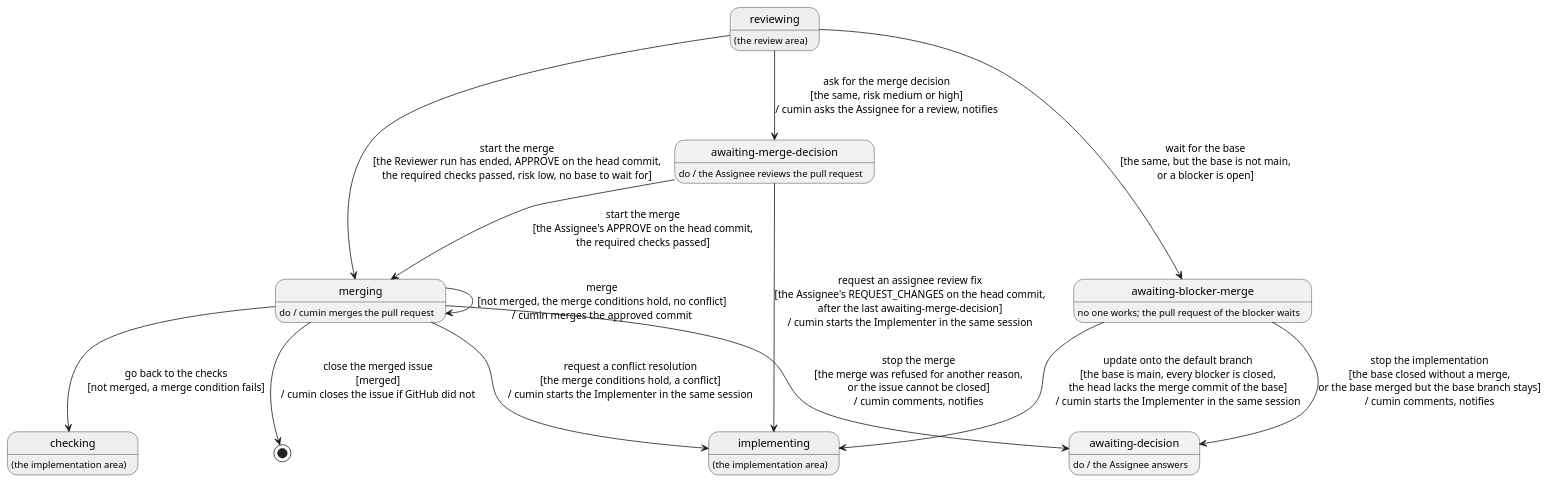
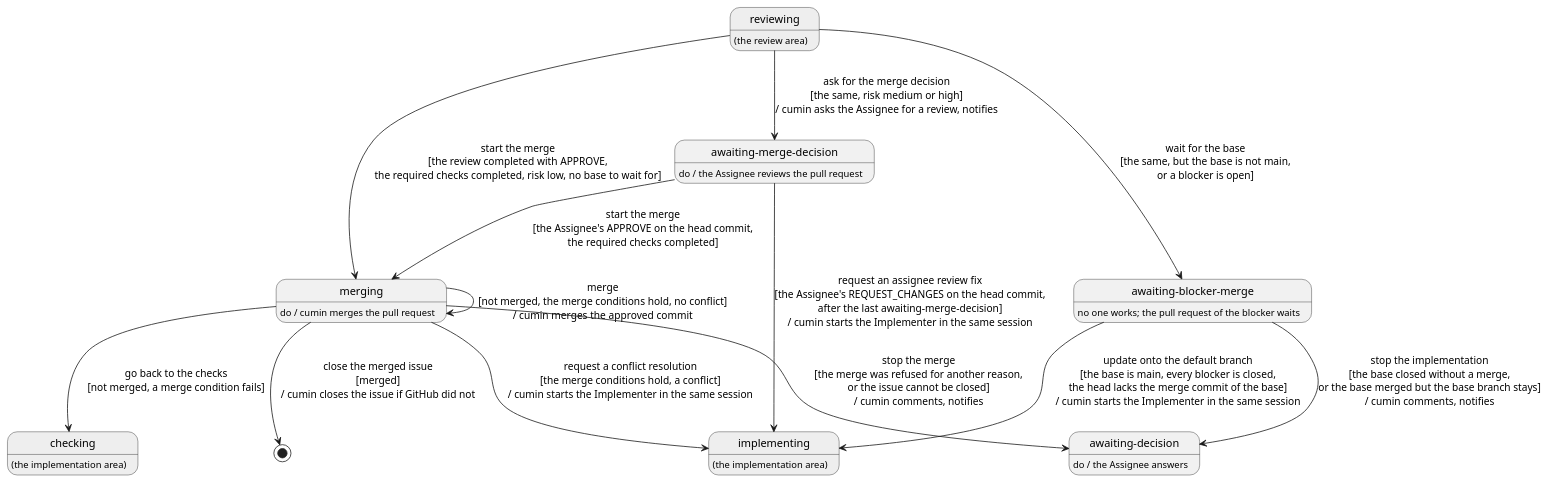
Before and after one commit to cloveclovedev/cumin-works: the diagram in docs/ja/requirements/merge/overview.puml, drawn with PlantUML. The commit also changed 8 other files, not shown here.

First line of the commit message:
docs(requirements): let the Reviewer of the last round ask the Assignee directly

```diff
--- a/docs/ja/requirements/merge/overview.puml
+++ b/docs/ja/requirements/merge/overview.puml
@@ -1,43 +1,43 @@
 @startuml overview
 ' cumin-works - the states of an implementation issue in the merge stage.
 ' A state is a label on GitHub, written without "cumin/status/". "do /" says who works in the state.
 ' A transition is written: action [guard] / what cumin does. A gray state belongs to another area.
 ' Render: run scripts/render-diagrams.sh at the root of the repository.
 
 hide empty description
 
 state "reviewing" as Reviewing #EEEEEE
 Reviewing : (the review area)
 
 state "awaiting-merge-decision" as MergeDecision
 MergeDecision : do / the Assignee reviews the pull request
 
 state "merging" as Merging
 Merging : do / cumin merges the pull request
 
 state "implementing" as Implementing #EEEEEE
 Implementing : (the implementation area)
 
 state "checking" as Checking #EEEEEE
 Checking : (the implementation area)
 
 state "awaiting-blocker-merge" as AwaitingBase
 AwaitingBase : no one works; the pull request of the blocker waits
 
 state "awaiting-decision" as Decision
 Decision : do / the Assignee answers
 
-Reviewing --> Merging : start the merge\n[the Reviewer run has ended, APPROVE on the head commit,\nthe required checks passed, risk low, no base to wait for]
+Reviewing --> Merging : start the merge\n[the review completed with APPROVE,\nthe required checks completed, risk low, no base to wait for]
 Reviewing --> MergeDecision : ask for the merge decision\n[the same, risk medium or high]\n/ cumin asks the Assignee for a review, notifies
-MergeDecision --> Merging : start the merge\n[the Assignee's APPROVE on the head commit,\nthe required checks passed]
+MergeDecision --> Merging : start the merge\n[the Assignee's APPROVE on the head commit,\nthe required checks completed]
 MergeDecision --> Implementing : request an assignee review fix\n[the Assignee's REQUEST_CHANGES on the head commit,\nafter the last awaiting-merge-decision]\n/ cumin starts the Implementer in the same session
 Reviewing --> AwaitingBase : wait for the base\n[the same, but the base is not main,\nor a blocker is open]
 AwaitingBase --> Implementing : update onto the default branch\n[the base is main, every blocker is closed,\nthe head lacks the merge commit of the base]\n/ cumin starts the Implementer in the same session
 AwaitingBase --> Decision : stop the implementation\n[the base closed without a merge,\nor the base merged but the base branch stays]\n/ cumin comments, notifies
 Merging --> Merging : merge\n[not merged, the merge conditions hold, no conflict]\n/ cumin merges the approved commit
 Merging --> [*] : close the merged issue\n[merged]\n/ cumin closes the issue if GitHub did not
 Merging --> Checking : go back to the checks\n[not merged, a merge condition fails]
 Merging --> Implementing : request a conflict resolution\n[the merge conditions hold, a conflict]\n/ cumin starts the Implementer in the same session
 Merging --> Decision : stop the merge\n[the merge was refused for another reason,\nor the issue cannot be closed]\n/ cumin comments, notifies
 
 @enduml
```
